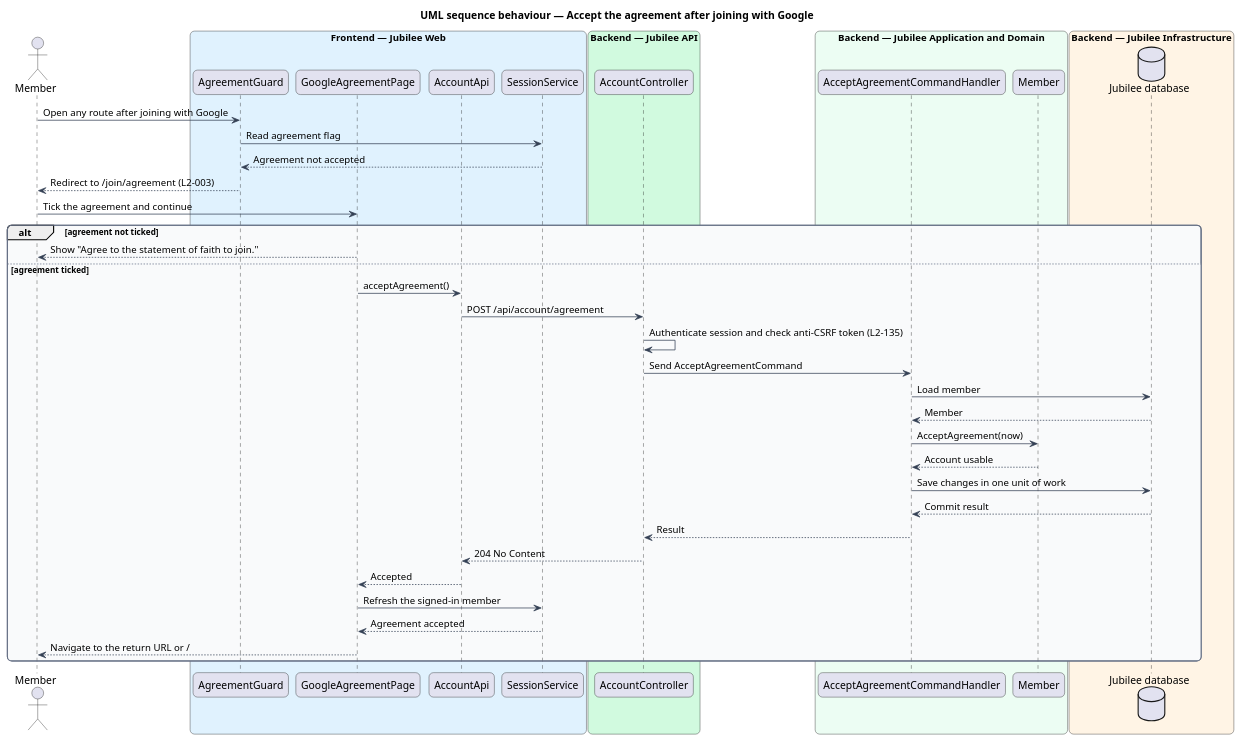
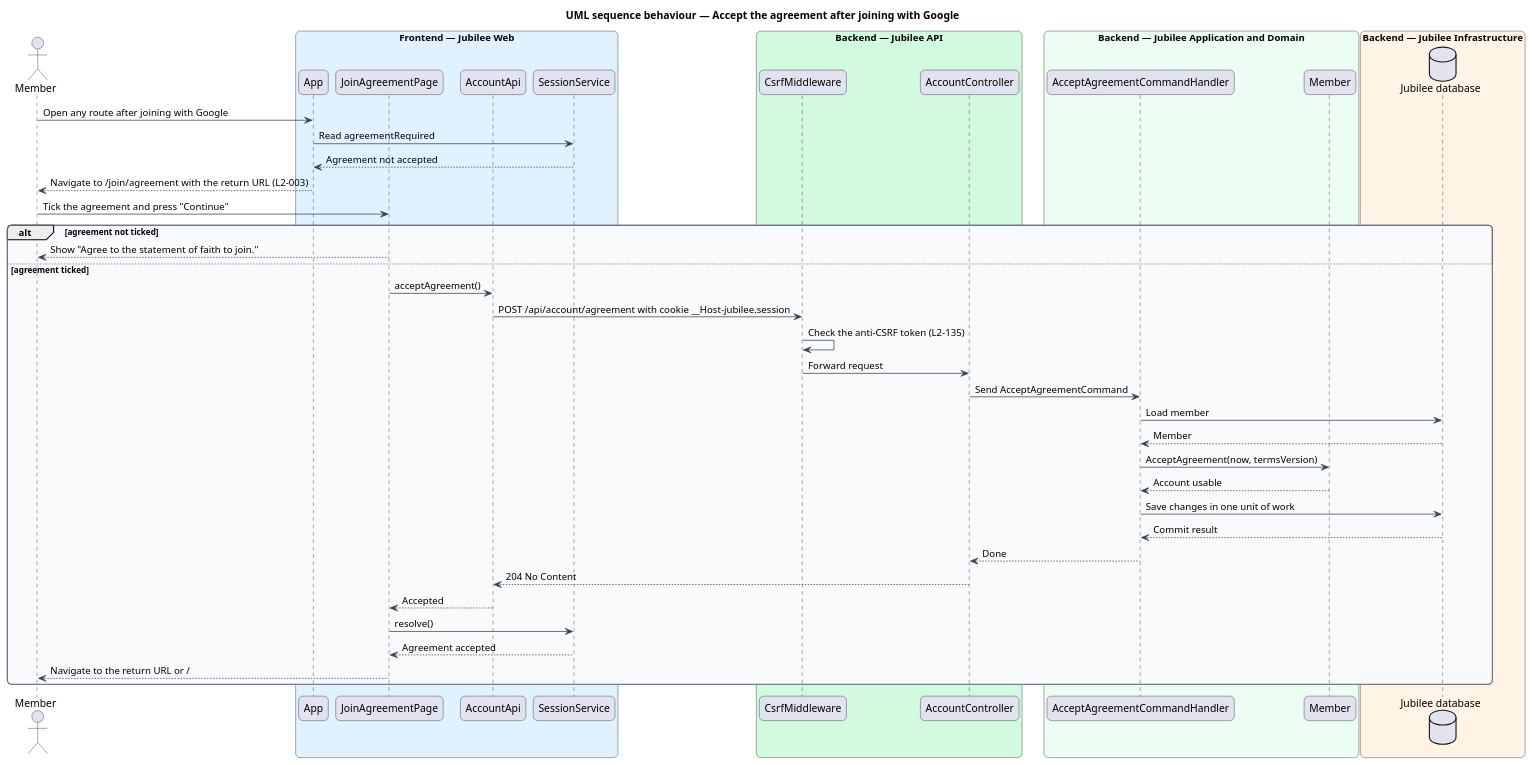
The diagram in docs/detailed-designs/accounts/continue-with-google/diagrams/sequence-accept-agreement.puml (QuinntyneBrown/jubilee), drawn with PlantUML before and after one commit. The commit also changed 40 other files, not shown here.

First line of the commit message:
Bring the join, confirm e-mail and Google designs in line with the code

```diff
--- a/docs/detailed-designs/accounts/continue-with-google/diagrams/sequence-accept-agreement.puml
+++ b/docs/detailed-designs/accounts/continue-with-google/diagrams/sequence-accept-agreement.puml
@@ -1,60 +1,62 @@
 @startuml
 title UML sequence behaviour — Accept the agreement after joining with Google
 skinparam backgroundColor #FFFFFF
 skinparam shadowing false
 skinparam roundcorner 12
 skinparam defaultFontName Arial
 skinparam ArrowColor #344054
 skinparam rectangle {
   BorderColor #344054
   FontColor #101828
 }
 skinparam package {
   BorderColor #667085
   FontColor #101828
   BackgroundColor #F9FAFB
 }
 actor "Member" as actor
 box "Frontend — Jubilee Web" #E0F2FE
-  participant "AgreementGuard" as guard
-  participant "GoogleAgreementPage" as page
+  participant "App" as guard
+  participant "JoinAgreementPage" as page
   participant "AccountApi" as client
   participant "SessionService" as session
 end box
 box "Backend — Jubilee API" #D1FADF
+  participant "CsrfMiddleware" as csrf
   participant "AccountController" as controller
 end box
 box "Backend — Jubilee Application and Domain" #ECFDF3
   participant "AcceptAgreementCommandHandler" as handler
   participant "Member" as entity
 end box
 box "Backend — Jubilee Infrastructure" #FFF4E5
   database "Jubilee database" as db
 end box
 
 actor -> guard : Open any route after joining with Google
-guard -> session : Read agreement flag
+guard -> session : Read agreementRequired
 session --> guard : Agreement not accepted
-guard --> actor : Redirect to /join/agreement (L2-003)
-actor -> page : Tick the agreement and continue
+guard --> actor : Navigate to /join/agreement with the return URL (L2-003)
+actor -> page : Tick the agreement and press "Continue"
 alt agreement not ticked
   page --> actor : Show "Agree to the statement of faith to join."
 else agreement ticked
   page -> client : acceptAgreement()
-  client -> controller : POST /api/account/agreement
-  controller -> controller : Authenticate session and check anti-CSRF token (L2-135)
+  client -> csrf : POST /api/account/agreement with cookie __Host-jubilee.session
+  csrf -> csrf : Check the anti-CSRF token (L2-135)
+  csrf -> controller : Forward request
   controller -> handler : Send AcceptAgreementCommand
   handler -> db : Load member
   db --> handler : Member
-  handler -> entity : AcceptAgreement(now)
+  handler -> entity : AcceptAgreement(now, termsVersion)
   entity --> handler : Account usable
   handler -> db : Save changes in one unit of work
   db --> handler : Commit result
-  handler --> controller : Result
+  handler --> controller : Done
   controller --> client : 204 No Content
   client --> page : Accepted
-  page -> session : Refresh the signed-in member
+  page -> session : resolve()
   session --> page : Agreement accepted
   page --> actor : Navigate to the return URL or /
 end
 @enduml
```
